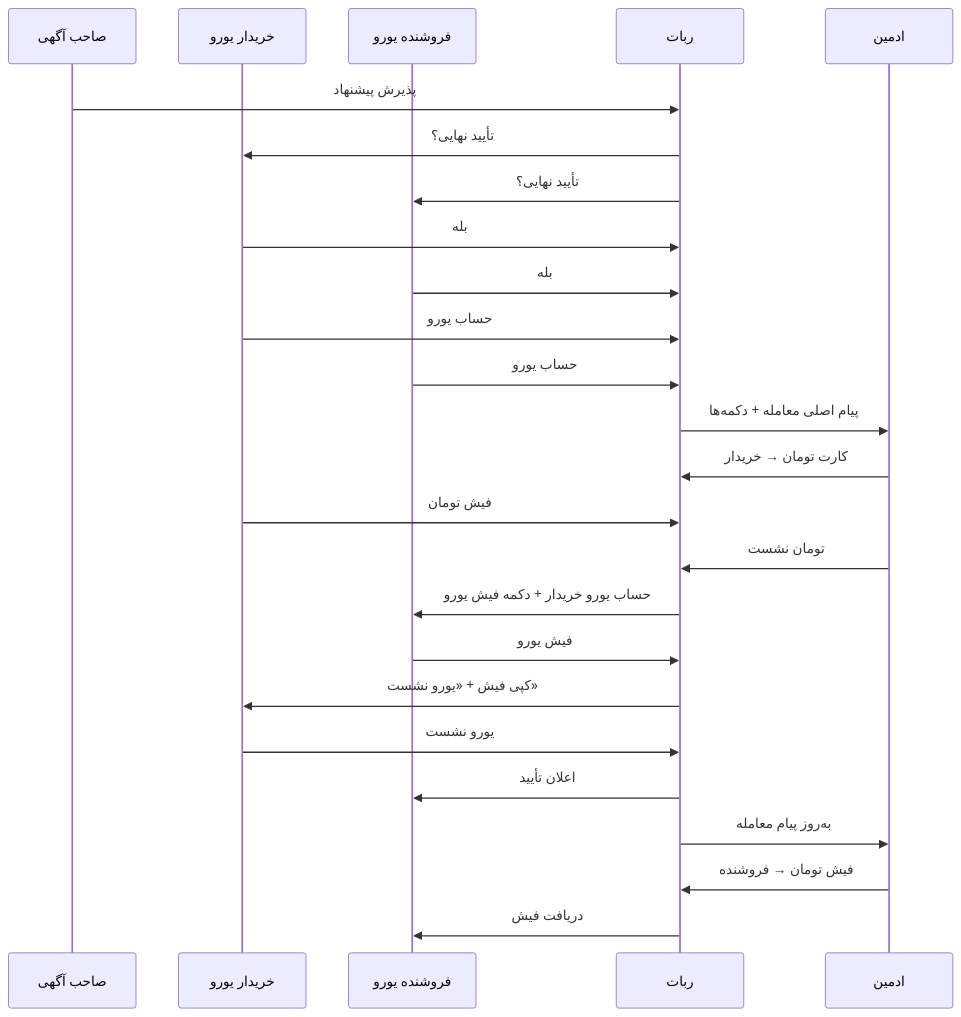
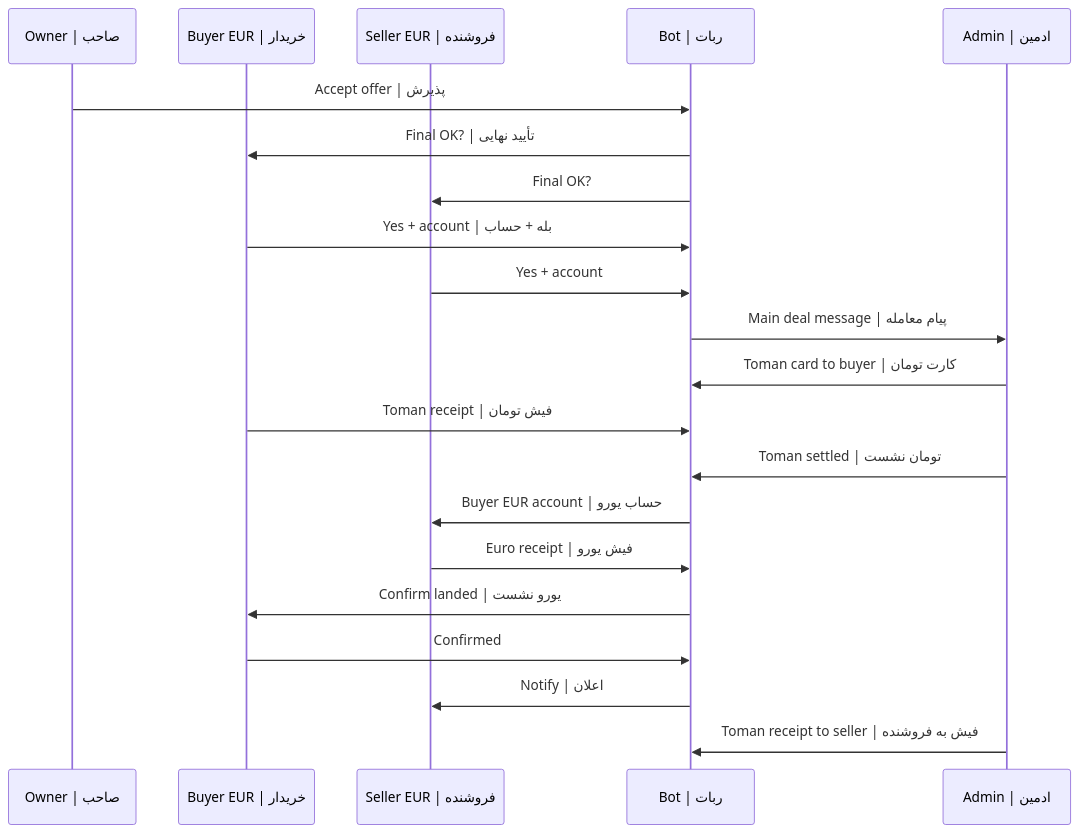
The second of 2 diagrams in README.md (soha15167/Sepid_Exchange_Bot), drawn with Mermaid before and after one commit. The commit also changed other lines of this file and 6 other files, not shown here.

````diff
--- a/README.md
+++ b/README.md
@@ -104,31 +108,26 @@
 ```mermaid
 sequenceDiagram
-    participant O as صاحب آگهی
-    participant B as خریدار یورو
-    participant S as فروشنده یورو
-    participant Bot as ربات
-    participant A as ادمین
+    participant O as Owner | صاحب
+    participant B as Buyer EUR | خریدار
+    participant S as Seller EUR | فروشنده
+    participant Bot as Bot | ربات
+    participant A as Admin | ادمین
 
-    O->>Bot: پذیرش پیشنهاد
-    Bot->>B: تأیید نهایی؟
-    Bot->>S: تأیید نهایی؟
-    B->>Bot: بله
-    S->>Bot: بله
-    B->>Bot: حساب یورو
-    S->>Bot: حساب یورو
-    Bot->>A: پیام اصلی معامله + دکمه‌ها
+    O->>Bot: Accept offer | پذیرش
+    Bot->>B: Final OK? | تأیید نهایی
+    Bot->>S: Final OK?
+    B->>Bot: Yes + account | بله + حساب
+    S->>Bot: Yes + account
+    Bot->>A: Main deal message | پیام معامله
 
-    A->>Bot: کارت تومان → خریدار
-    B->>Bot: فیش تومان
-    A->>Bot: تومان نشست
-    Bot->>S: حساب یورو خریدار + دکمه فیش یورو
+    A->>Bot: Toman card to buyer | کارت تومان
+    B->>Bot: Toman receipt | فیش تومان
+    A->>Bot: Toman settled | تومان نشست
+    Bot->>S: Buyer EUR account | حساب یورو
 
-    S->>Bot: فیش یورو
-    Bot->>B: کپی فیش + «یورو نشست»
-    B->>Bot: یورو نشست
-    Bot->>S: اعلان تأیید
-    Bot->>A: به‌روز پیام معامله
-
-    A->>Bot: فیش تومان → فروشنده
-    Bot->>S: دریافت فیش
+    S->>Bot: Euro receipt | فیش یورو
+    Bot->>B: Confirm landed | یورو نشست
+    B->>Bot: Confirmed
+    Bot->>S: Notify | اعلان
+    A->>Bot: Toman receipt to seller | فیش به فروشنده
 ```
````
